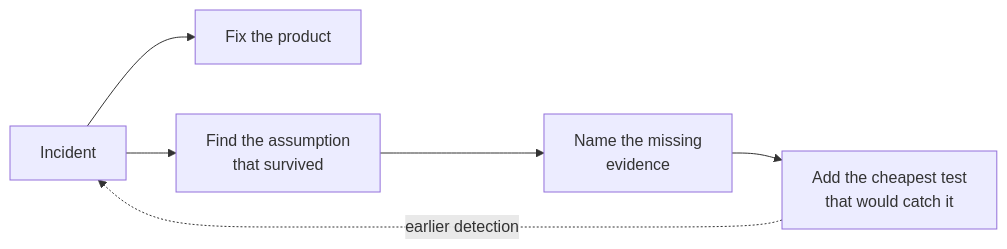
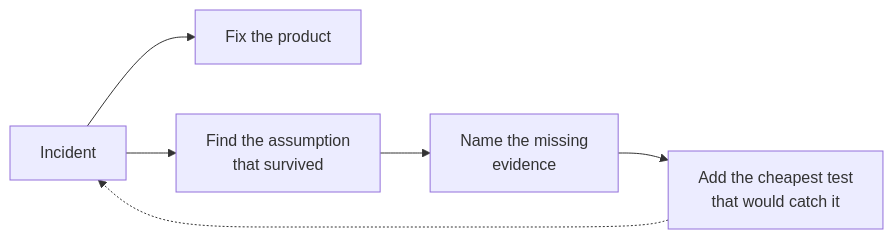
The sixth of 6 diagrams in examples/semantic-testing.md (Laticent/lattice), drawn with Mermaid before and after one commit. The commit also changed other lines of this file and 1 other file, not shown here.

````diff
--- a/examples/semantic-testing.md
+++ b/examples/semantic-testing.md
@@ -696,8 +692,8 @@
 ```mermaid
 flowchart LR
   I["Incident"] --> F["Fix the product"]
   I --> A["Find the assumption<br/>that survived"]
   A --> G["Name the missing<br/>evidence"]
   G --> T["Add the cheapest test<br/>that would catch it"]
-  T -.->|"earlier detection"| I
+  T -.-> I
 ```
````
